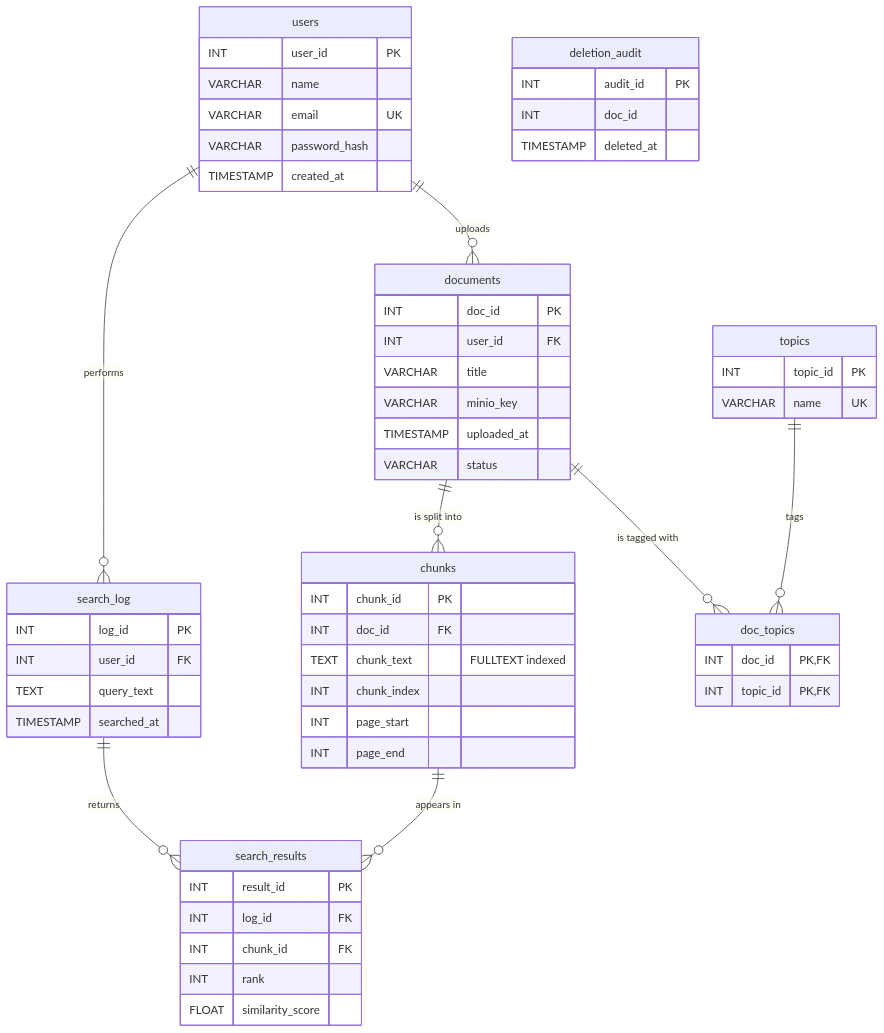
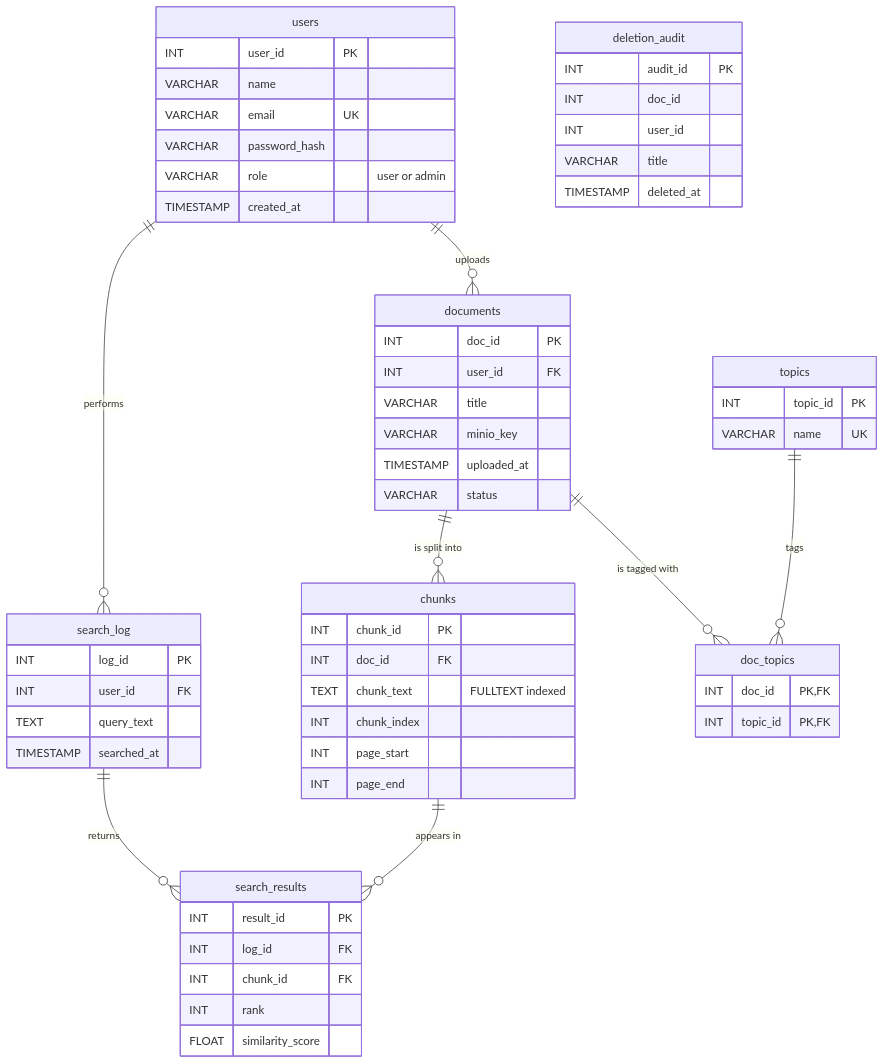
Before and after one commit to TahirSiddique092/prism: the first of 7 diagrams in docs/data/relational-schema.md, drawn with Mermaid. The commit also changed other lines of this file and 30 other files, not shown here.

First line of the commit message:
slice-35-admin-role: admin role, admin API and admin page

````diff
--- a/docs/data/relational-schema.md
+++ b/docs/data/relational-schema.md
@@ -23,60 +23,63 @@
 ```mermaid
 erDiagram
     users ||--o{ documents : "uploads"
     users ||--o{ search_log : "performs"
     documents ||--o{ chunks : "is split into"
     documents ||--o{ doc_topics : "is tagged with"
     topics ||--o{ doc_topics : "tags"
     search_log ||--o{ search_results : "returns"
     chunks ||--o{ search_results : "appears in"
 
     users {
         INT user_id PK
         VARCHAR name
         VARCHAR email UK
         VARCHAR password_hash
+        VARCHAR role "user or admin"
         TIMESTAMP created_at
     }
     documents {
         INT doc_id PK
         INT user_id FK
         VARCHAR title
         VARCHAR minio_key
         TIMESTAMP uploaded_at
         VARCHAR status
     }
     chunks {
         INT chunk_id PK
         INT doc_id FK
         TEXT chunk_text "FULLTEXT indexed"
         INT chunk_index
         INT page_start
         INT page_end
     }
     topics {
         INT topic_id PK
         VARCHAR name UK
     }
     doc_topics {
         INT doc_id PK, FK
         INT topic_id PK, FK
     }
     search_log {
         INT log_id PK
         INT user_id FK
         TEXT query_text
         TIMESTAMP searched_at
     }
     search_results {
         INT result_id PK
         INT log_id FK
         INT chunk_id FK
         INT rank
         FLOAT similarity_score
     }
     deletion_audit {
         INT audit_id PK
         INT doc_id
+        INT user_id
+        VARCHAR title
         TIMESTAMP deleted_at
     }
 ```
````
